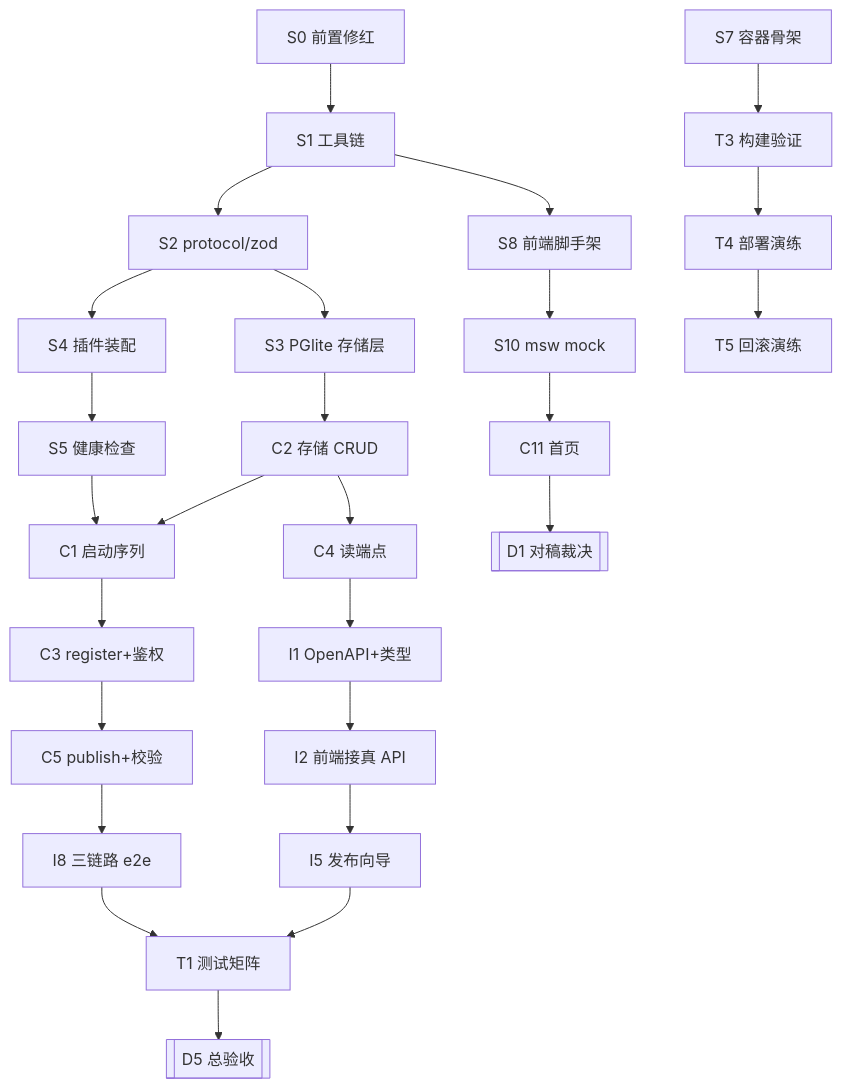
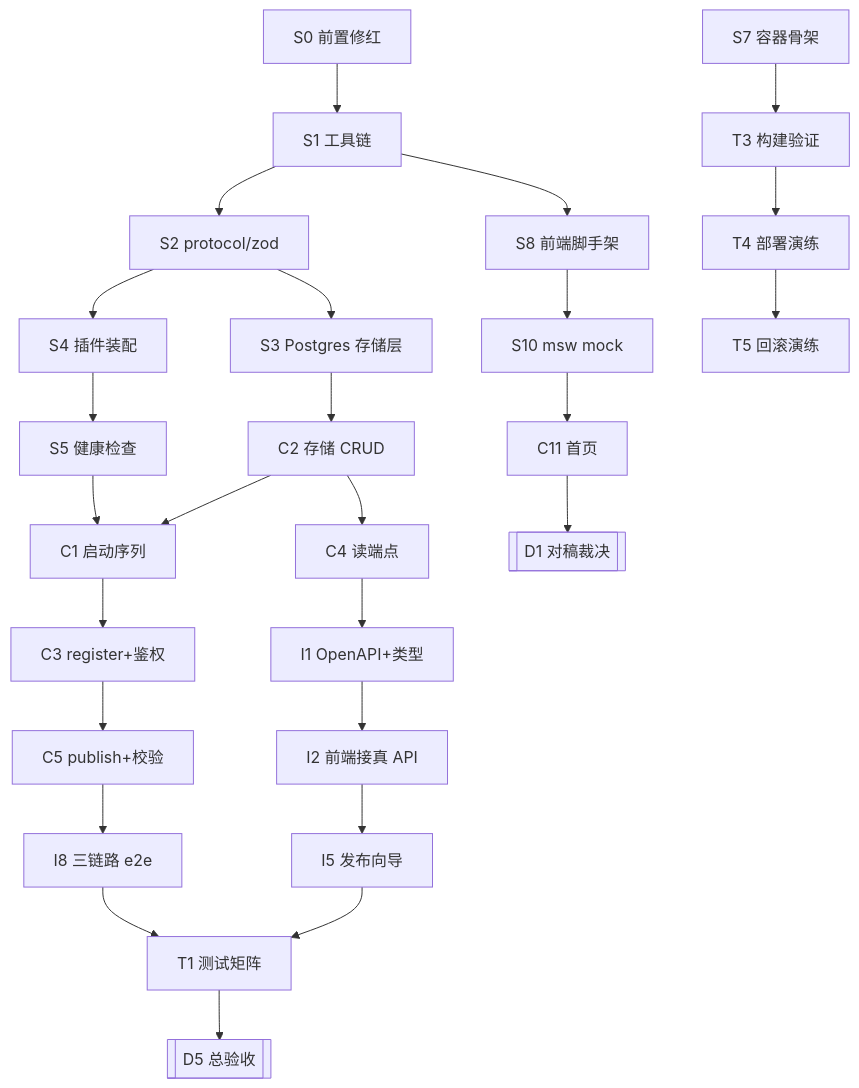
Before and after one commit to embaobao/agentsignal: the diagram in docs/design/implementation-tasks.md, drawn with Mermaid. The commit also changed other lines of this file and 29 other files, not shown here.

````diff
--- a/docs/design/implementation-tasks.md
+++ b/docs/design/implementation-tasks.md
@@ -53,17 +53,17 @@
 ```mermaid
 flowchart TD
   S0[S0 前置修红] --> S1[S1 工具链] --> S2[S2 protocol/zod]
   S1 --> S8[S8 前端脚手架]
-  S2 --> S3[S3 PGlite 存储层]
+  S2 --> S3[S3 Postgres 存储层]
   S2 --> S4[S4 插件装配]
   S3 --> C2[C2 存储 CRUD]
   S4 --> S5[S5 健康检查] --> C1[C1 启动序列]
   C2 --> C1 --> C3[C3 register+鉴权] --> C5[C5 publish+校验]
   C2 --> C4[C4 读端点] --> I1[I1 OpenAPI+类型]
   S8 --> S10[S10 msw mock] --> C11[C11 首页]
   C11 --> I3[[D1 对稿裁决]]
   I1 --> I2[I2 前端接真 API] --> I5[I5 发布向导]
   C5 --> I8[I8 三链路 e2e] --> T1[T1 测试矩阵]
   I5 --> T1 --> T8[[D5 总验收]]
   S7[S7 容器骨架] --> T3[T3 构建验证] --> T4[T4 部署演练] --> T5[T5 回滚演练]
 ```
````
